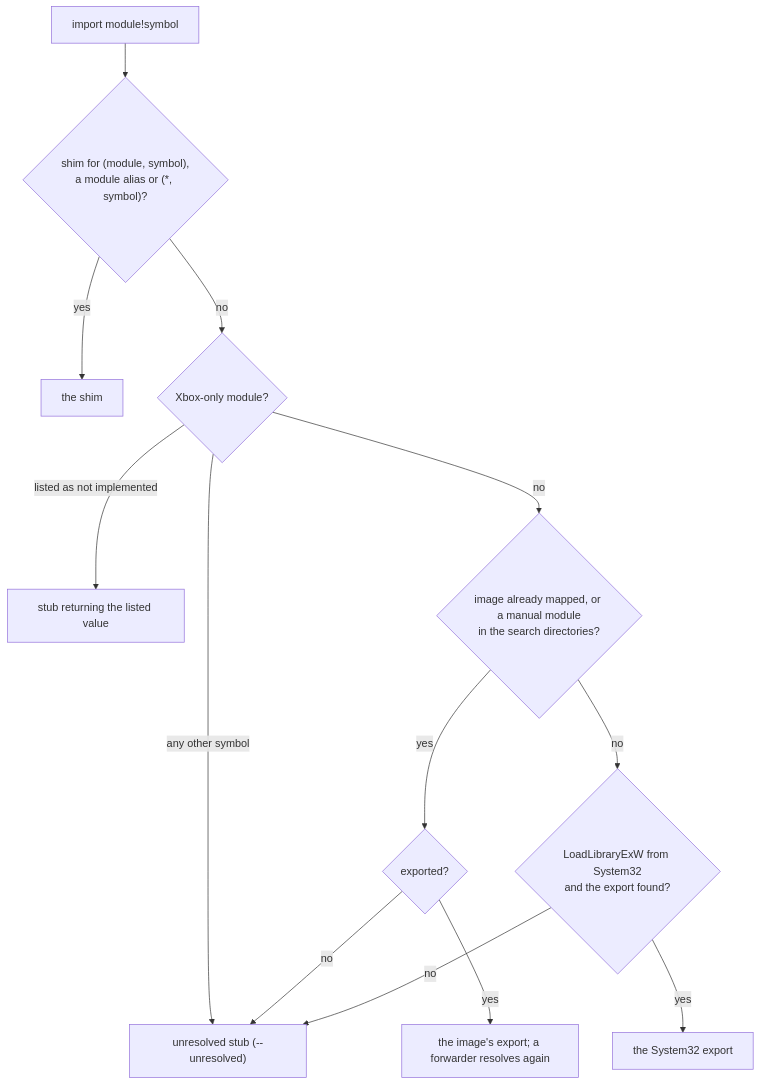
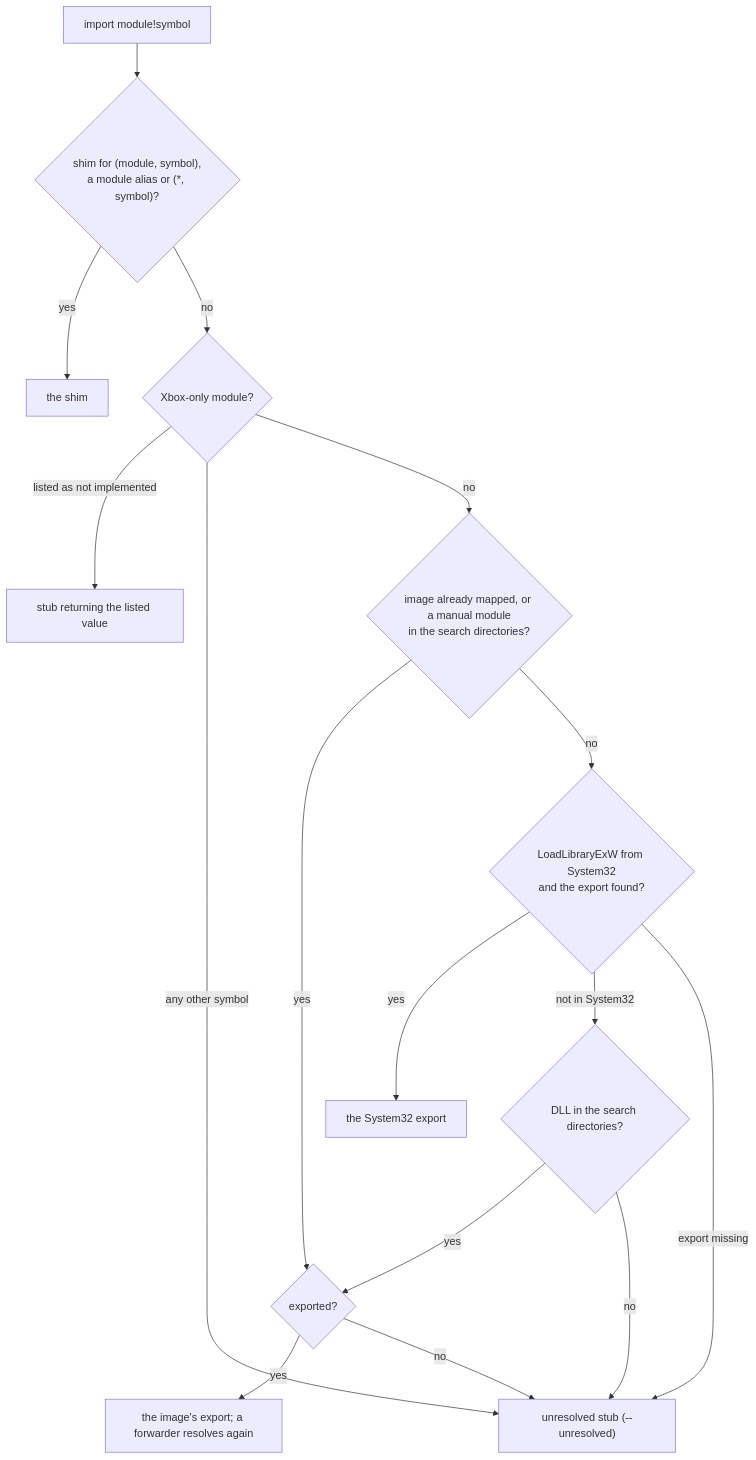
One commit to Elijah-J/five-star-recomp changed the second of 3 diagrams in docs/loader.md. Above: the diagram before and after it, drawn with Mermaid. The commit also changed other lines of this file and 19 other files, not shown here.

````diff
--- a/docs/loader.md
+++ b/docs/loader.md
@@ -39,16 +39,19 @@
 ```mermaid
 flowchart TD
   unres["unresolved stub (--unresolved)"]
   imp["import module!symbol"] --> shim{"shim for (module, symbol),<br/>a module alias or (*, symbol)?"}
   shim -->|"yes"| bshim["the shim"]
   shim -->|"no"| xbox{"Xbox-only module?"}
   xbox -->|"listed as not implemented"| ni["stub returning the listed value"]
   xbox -->|"any other symbol"| unres
   xbox -->|"no"| img{"image already mapped, or a manual module<br/>in the search directories?"}
   img -->|"yes"| exp{"exported?"}
   exp -->|"yes"| bimg["the image's export; a forwarder resolves again"]
   exp -->|"no"| unres
   img -->|"no"| sys{"LoadLibraryExW from System32<br/>and the export found?"}
   sys -->|"yes"| bsys["the System32 export"]
-  sys -->|"no"| unres
+  sys -->|"not in System32"| pkg{"DLL in the search directories?"}
+  pkg -->|"yes"| exp
+  pkg -->|"no"| unres
+  sys -->|"export missing"| unres
 ```
````
